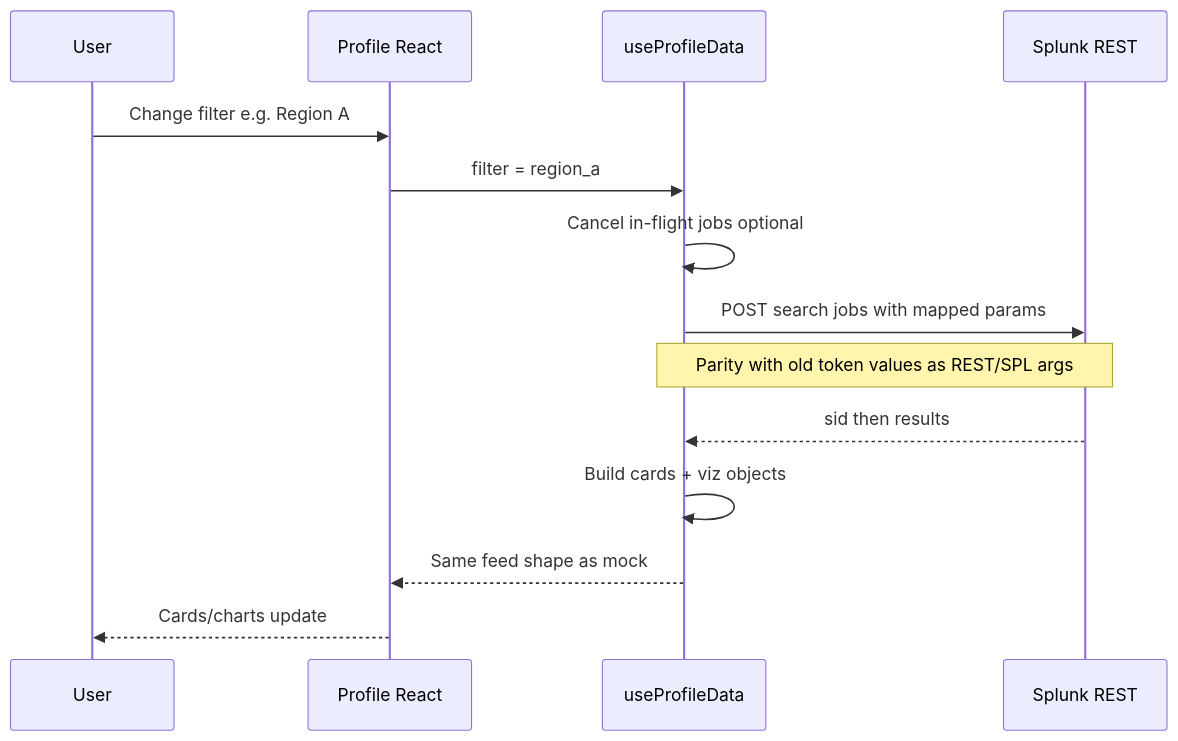
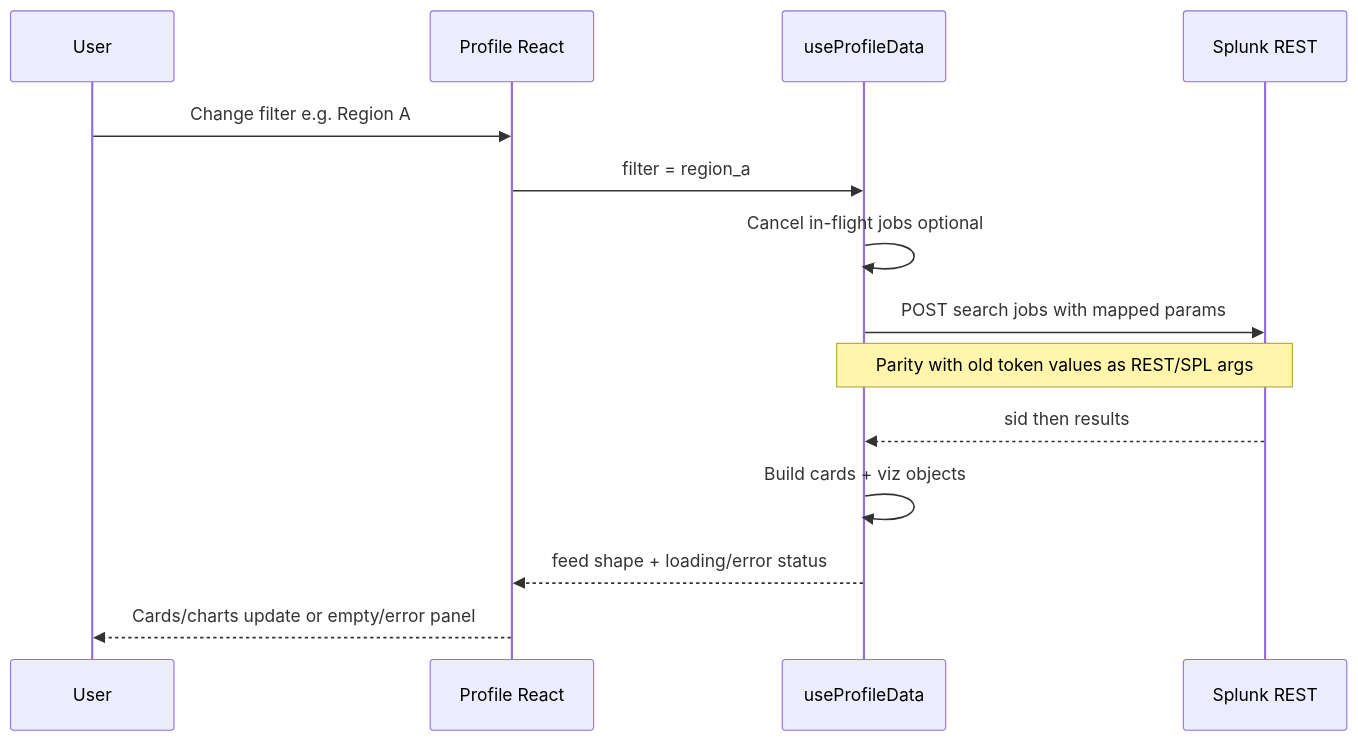
One commit to bleeclark/splunkStuff changed the sixth of 6 diagrams in packages/splunk-one/PROFILE-REACT-ARCHITECTURE.md. Above: the diagram before and after it, drawn with Mermaid. The commit also changed other lines of this file and 20 other files, not shown here.

Commit message:
Refactor Profile React app to utilize live Splunk REST data, replacing mock fixtures. Updated filtering logic to map selections to SPL parameters and removed deprecated demo feed files. Enhanced error handling and loading states in the UI. Incremented asset version for clarity.

````diff
--- a/packages/splunk-one/PROFILE-REACT-ARCHITECTURE.md
+++ b/packages/splunk-one/PROFILE-REACT-ARCHITECTURE.md
@@ -224,17 +197,17 @@
 ```mermaid
 sequenceDiagram
   participant U as User
   participant R as Profile React
   participant D as useProfileData
   participant S as Splunk REST
 
   U->>R: Change filter e.g. Region A
   R->>D: filter = region_a
   D->>D: Cancel in-flight jobs optional
   D->>S: POST search jobs with mapped params
   Note over D,S: Parity with old token values as REST/SPL args
   S-->>D: sid then results
   D->>D: Build cards + viz objects
-  D-->>R: Same feed shape as mock
-  R-->>U: Cards/charts update
+  D-->>R: feed shape + loading/error status
+  R-->>U: Cards/charts update or empty/error panel
 ```
````
